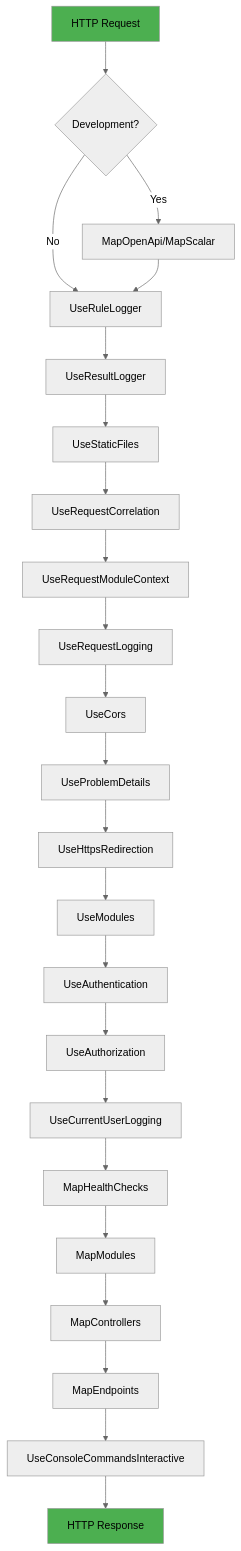
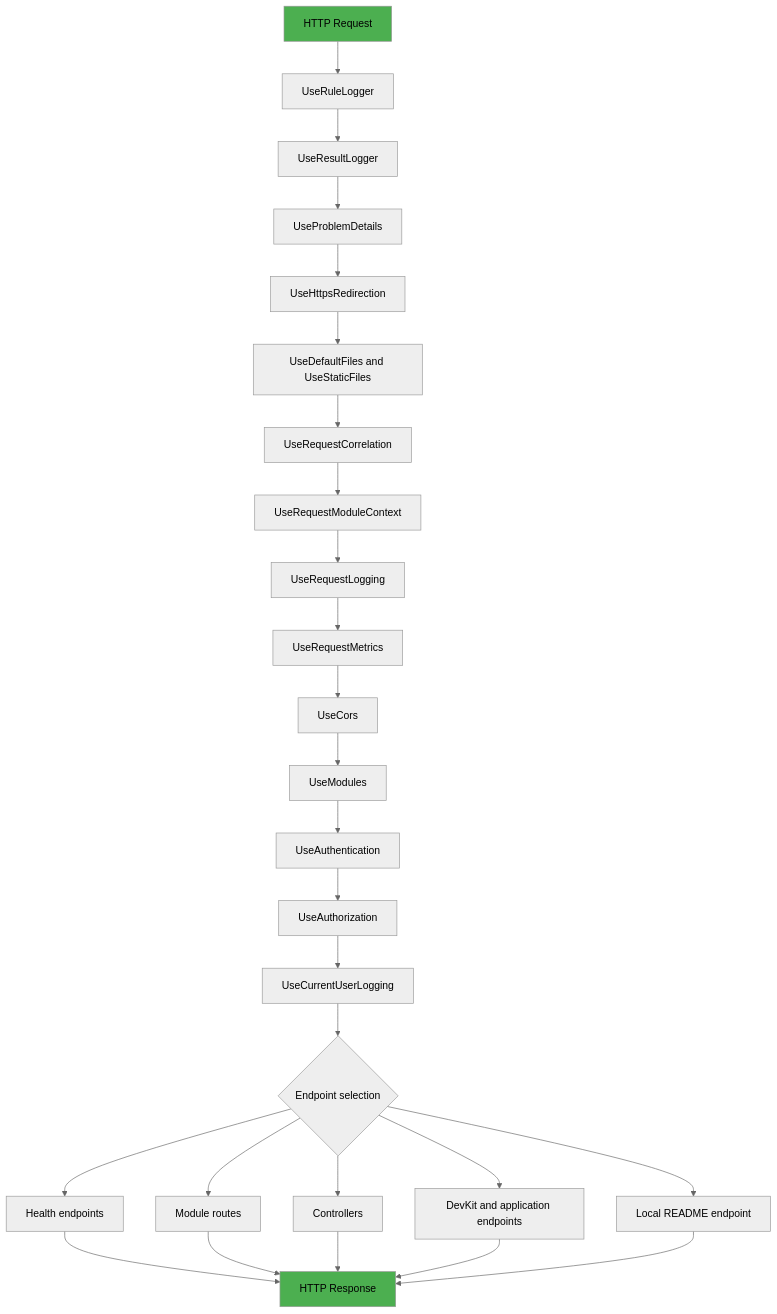
One commit to BridgingIT-GmbH/bITdevKit.Examples.GettingStarted changed diagram 11 of 11 in README.md. Above: the diagram before and after it, drawn with Mermaid (neutral theme). The commit also changed other lines of this file, not shown here.

````diff
--- a/README.md
+++ b/README.md
@@ -802,28 +1201,31 @@
 ```mermaid
 graph TD
-    Request[HTTP Request] --> OpenAPI{Development?}
-    OpenAPI -->|Yes| MapOpenAPI[MapOpenApi/MapScalar]
-    OpenAPI -->|No| Rule
-    MapOpenAPI --> Rule[UseRuleLogger]
+    Request[HTTP Request] --> Rule[UseRuleLogger]
     Rule --> Result[UseResultLogger]
-    Result --> Static[UseStaticFiles]
+    Result --> ProblemDetails[UseProblemDetails]
+    ProblemDetails --> HTTPS[UseHttpsRedirection]
+    HTTPS --> Static[UseDefaultFiles and UseStaticFiles]
     Static --> Correlation[UseRequestCorrelation]
     Correlation --> ModuleCtx[UseRequestModuleContext]
     ModuleCtx --> ReqLog[UseRequestLogging]
-    ReqLog --> CORS[UseCors]
-    CORS --> ProblemDetails[UseProblemDetails]
-    ProblemDetails --> HTTPS[UseHttpsRedirection]
-    HTTPS --> Modules[UseModules]
+    ReqLog --> Metrics[UseRequestMetrics]
+    Metrics --> CORS[UseCors]
+    CORS --> Modules[UseModules]
     Modules --> Auth[UseAuthentication]
     Auth --> Authz[UseAuthorization]
     Authz --> UserLog[UseCurrentUserLogging]
-    UserLog --> HealthChecks[MapHealthChecks]
-    HealthChecks --> MapModules[MapModules]
-    MapModules --> Controllers[MapControllers]
-    Controllers --> Endpoints[MapEndpoints]
-    Endpoints --> Console[UseConsoleCommandsInteractive]
-    Console --> Response[HTTP Response]
+    UserLog --> Routing{Endpoint selection}
+    Routing --> HealthChecks[Health endpoints]
+    Routing --> MapModules[Module routes]
+    Routing --> Controllers[Controllers]
+    Routing --> Endpoints[DevKit and application endpoints]
+    Routing --> Readme[Local README endpoint]
+    HealthChecks --> Response[HTTP Response]
+    MapModules --> Response
+    Controllers --> Response
+    Endpoints --> Response
+    Readme --> Response
 
     style Request fill:#4CAF50
     style Response fill:#4CAF50
 ```
````
